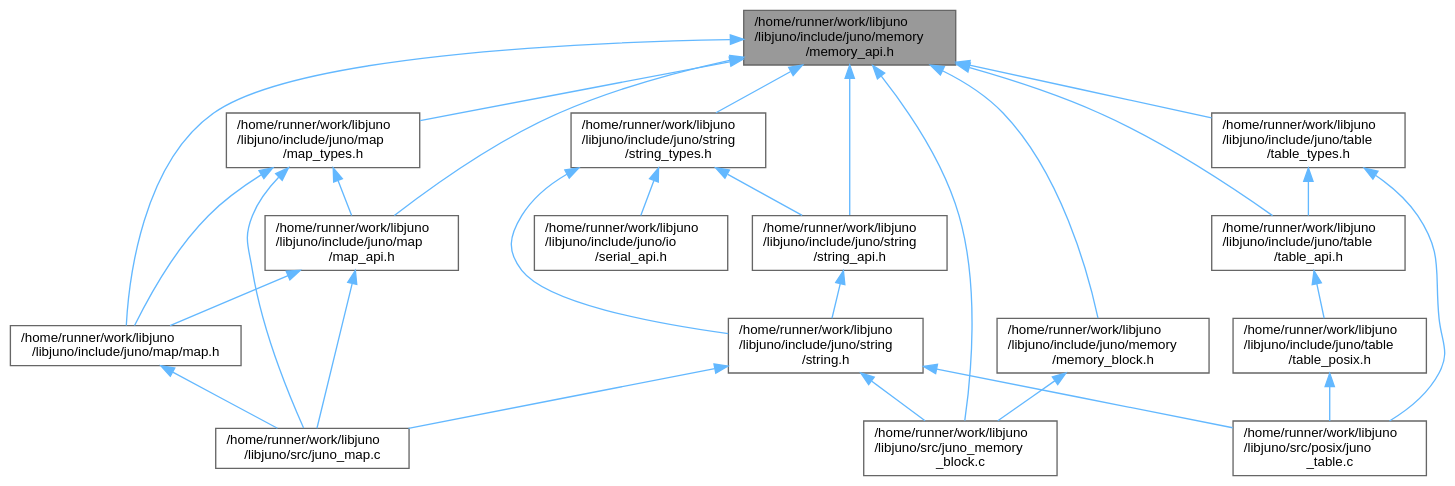
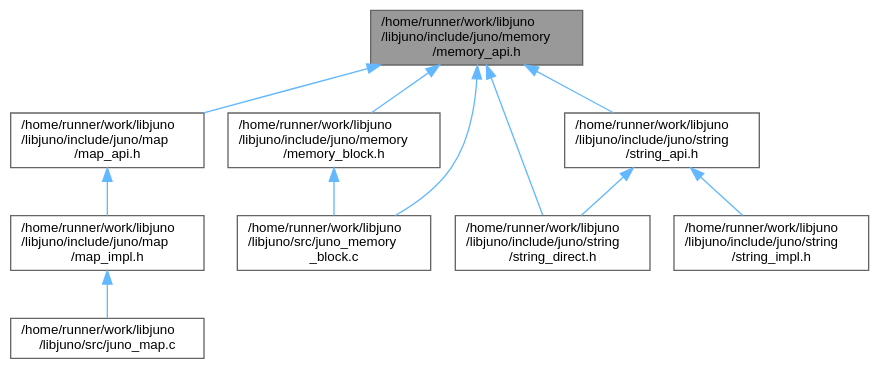
One commit to robinonsay/libjuno changed the diagram in memory__api_8h__dep__incl.dot. Above: the diagram before and after it, drawn with Graphviz. The commit also changed 272 other files, not shown here.

```diff
--- a/memory__api_8h__dep__incl.dot
+++ b/memory__api_8h__dep__incl.dot
@@ -1,49 +1,26 @@
 digraph "/home/runner/work/libjuno/libjuno/include/juno/memory/memory_api.h"
 {
  // LATEX_PDF_SIZE
   bgcolor="transparent";
   edge [fontname=Helvetica,fontsize=10,labelfontname=Helvetica,labelfontsize=10];
   node [fontname=Helvetica,fontsize=10,shape=box,height=0.2,width=0.4];
   Node1 [id="Node000001",label="/home/runner/work/libjuno\l/libjuno/include/juno/memory\l/memory_api.h",height=0.2,width=0.4,color="gray40", fillcolor="grey60", style="filled", fontcolor="black",tooltip=" "];
   Node1 -> Node2 [id="edge1_Node000001_Node000002",dir="back",color="steelblue1",style="solid",tooltip=" "];
-  Node2 [id="Node000002",label="/home/runner/work/libjuno\l/libjuno/include/juno/map/map.h",height=0.2,width=0.4,color="grey40", fillcolor="white", style="filled",URL="$map_8h.html",tooltip=" "];
+  Node2 [id="Node000002",label="/home/runner/work/libjuno\l/libjuno/include/juno/map\l/map_api.h",height=0.2,width=0.4,color="grey40", fillcolor="white", style="filled",URL="$map__api_8h.html",tooltip=" "];
   Node2 -> Node3 [id="edge2_Node000002_Node000003",dir="back",color="steelblue1",style="solid",tooltip=" "];
-  Node3 [id="Node000003",label="/home/runner/work/libjuno\l/libjuno/src/juno_map.c",height=0.2,width=0.4,color="grey40", fillcolor="white", style="filled",URL="$juno__map_8c.html",tooltip=" "];
-  Node1 -> Node4 [id="edge3_Node000001_Node000004",dir="back",color="steelblue1",style="solid",tooltip=" "];
-  Node4 [id="Node000004",label="/home/runner/work/libjuno\l/libjuno/include/juno/map\l/map_api.h",height=0.2,width=0.4,color="grey40", fillcolor="white", style="filled",URL="$map__api_8h.html",tooltip=" "];
-  Node4 -> Node2 [id="edge4_Node000004_Node000002",dir="back",color="steelblue1",style="solid",tooltip=" "];
-  Node4 -> Node3 [id="edge5_Node000004_Node000003",dir="back",color="steelblue1",style="solid",tooltip=" "];
-  Node1 -> Node5 [id="edge6_Node000001_Node000005",dir="back",color="steelblue1",style="solid",tooltip=" "];
-  Node5 [id="Node000005",label="/home/runner/work/libjuno\l/libjuno/include/juno/map\l/map_types.h",height=0.2,width=0.4,color="grey40", fillcolor="white", style="filled",URL="$map__types_8h.html",tooltip=" "];
-  Node5 -> Node2 [id="edge7_Node000005_Node000002",dir="back",color="steelblue1",style="solid",tooltip=" "];
-  Node5 -> Node4 [id="edge8_Node000005_Node000004",dir="back",color="steelblue1",style="solid",tooltip=" "];
-  Node5 -> Node3 [id="edge9_Node000005_Node000003",dir="back",color="steelblue1",style="solid",tooltip=" "];
+  Node3 [id="Node000003",label="/home/runner/work/libjuno\l/libjuno/include/juno/map\l/map_impl.h",height=0.2,width=0.4,color="grey40", fillcolor="white", style="filled",URL="$map__impl_8h.html",tooltip=" "];
+  Node3 -> Node4 [id="edge3_Node000003_Node000004",dir="back",color="steelblue1",style="solid",tooltip=" "];
+  Node4 [id="Node000004",label="/home/runner/work/libjuno\l/libjuno/src/juno_map.c",height=0.2,width=0.4,color="grey40", fillcolor="white", style="filled",URL="$juno__map_8c.html",tooltip=" "];
+  Node1 -> Node5 [id="edge4_Node000001_Node000005",dir="back",color="steelblue1",style="solid",tooltip=" "];
+  Node5 [id="Node000005",label="/home/runner/work/libjuno\l/libjuno/include/juno/memory\l/memory_block.h",height=0.2,width=0.4,color="grey40", fillcolor="white", style="filled",URL="$memory__block_8h.html",tooltip=" "];
+  Node5 -> Node6 [id="edge5_Node000005_Node000006",dir="back",color="steelblue1",style="solid",tooltip=" "];
+  Node6 [id="Node000006",label="/home/runner/work/libjuno\l/libjuno/src/juno_memory\l_block.c",height=0.2,width=0.4,color="grey40", fillcolor="white", style="filled",URL="$juno__memory__block_8c.html",tooltip=" "];
+  Node1 -> Node7 [id="edge6_Node000001_Node000007",dir="back",color="steelblue1",style="solid",tooltip=" "];
+  Node7 [id="Node000007",label="/home/runner/work/libjuno\l/libjuno/include/juno/string\l/string_api.h",height=0.2,width=0.4,color="grey40", fillcolor="white", style="filled",URL="$string__api_8h.html",tooltip=" "];
+  Node7 -> Node8 [id="edge7_Node000007_Node000008",dir="back",color="steelblue1",style="solid",tooltip=" "];
+  Node8 [id="Node000008",label="/home/runner/work/libjuno\l/libjuno/include/juno/string\l/string_direct.h",height=0.2,width=0.4,color="grey40", fillcolor="white", style="filled",URL="$string__direct_8h.html",tooltip=" "];
+  Node7 -> Node9 [id="edge8_Node000007_Node000009",dir="back",color="steelblue1",style="solid",tooltip=" "];
+  Node9 [id="Node000009",label="/home/runner/work/libjuno\l/libjuno/include/juno/string\l/string_impl.h",height=0.2,width=0.4,color="grey40", fillcolor="white", style="filled",URL="$string__impl_8h.html",tooltip=" "];
+  Node1 -> Node8 [id="edge9_Node000001_Node000008",dir="back",color="steelblue1",style="solid",tooltip=" "];
   Node1 -> Node6 [id="edge10_Node000001_Node000006",dir="back",color="steelblue1",style="solid",tooltip=" "];
-  Node6 [id="Node000006",label="/home/runner/work/libjuno\l/libjuno/include/juno/memory\l/memory_block.h",height=0.2,width=0.4,color="grey40", fillcolor="white", style="filled",URL="$memory__block_8h.html",tooltip=" "];
-  Node6 -> Node7 [id="edge11_Node000006_Node000007",dir="back",color="steelblue1",style="solid",tooltip=" "];
-  Node7 [id="Node000007",label="/home/runner/work/libjuno\l/libjuno/src/juno_memory\l_block.c",height=0.2,width=0.4,color="grey40", fillcolor="white", style="filled",URL="$juno__memory__block_8c.html",tooltip=" "];
-  Node1 -> Node8 [id="edge12_Node000001_Node000008",dir="back",color="steelblue1",style="solid",tooltip=" "];
-  Node8 [id="Node000008",label="/home/runner/work/libjuno\l/libjuno/include/juno/string\l/string_api.h",height=0.2,width=0.4,color="grey40", fillcolor="white", style="filled",URL="$string__api_8h.html",tooltip=" "];
-  Node8 -> Node9 [id="edge13_Node000008_Node000009",dir="back",color="steelblue1",style="solid",tooltip=" "];
-  Node9 [id="Node000009",label="/home/runner/work/libjuno\l/libjuno/include/juno/string\l/string.h",height=0.2,width=0.4,color="grey40", fillcolor="white", style="filled",URL="$string_8h.html",tooltip=" "];
-  Node9 -> Node3 [id="edge14_Node000009_Node000003",dir="back",color="steelblue1",style="solid",tooltip=" "];
-  Node9 -> Node7 [id="edge15_Node000009_Node000007",dir="back",color="steelblue1",style="solid",tooltip=" "];
-  Node9 -> Node10 [id="edge16_Node000009_Node000010",dir="back",color="steelblue1",style="solid",tooltip=" "];
-  Node10 [id="Node000010",label="/home/runner/work/libjuno\l/libjuno/src/posix/juno\l_table.c",height=0.2,width=0.4,color="grey40", fillcolor="white", style="filled",URL="$juno__table_8c.html",tooltip=" "];
-  Node1 -> Node11 [id="edge17_Node000001_Node000011",dir="back",color="steelblue1",style="solid",tooltip=" "];
-  Node11 [id="Node000011",label="/home/runner/work/libjuno\l/libjuno/include/juno/string\l/string_types.h",height=0.2,width=0.4,color="grey40", fillcolor="white", style="filled",URL="$string__types_8h.html",tooltip=" "];
-  Node11 -> Node12 [id="edge18_Node000011_Node000012",dir="back",color="steelblue1",style="solid",tooltip=" "];
-  Node12 [id="Node000012",label="/home/runner/work/libjuno\l/libjuno/include/juno/io\l/serial_api.h",height=0.2,width=0.4,color="grey40", fillcolor="white", style="filled",URL="$serial__api_8h.html",tooltip=" "];
-  Node11 -> Node9 [id="edge19_Node000011_Node000009",dir="back",color="steelblue1",style="solid",tooltip=" "];
-  Node11 -> Node8 [id="edge20_Node000011_Node000008",dir="back",color="steelblue1",style="solid",tooltip=" "];
-  Node1 -> Node13 [id="edge21_Node000001_Node000013",dir="back",color="steelblue1",style="solid",tooltip=" "];
-  Node13 [id="Node000013",label="/home/runner/work/libjuno\l/libjuno/include/juno/table\l/table_api.h",height=0.2,width=0.4,color="grey40", fillcolor="white", style="filled",URL="$table__api_8h.html",tooltip=" "];
-  Node13 -> Node14 [id="edge22_Node000013_Node000014",dir="back",color="steelblue1",style="solid",tooltip=" "];
-  Node14 [id="Node000014",label="/home/runner/work/libjuno\l/libjuno/include/juno/table\l/table_posix.h",height=0.2,width=0.4,color="grey40", fillcolor="white", style="filled",URL="$table__posix_8h.html",tooltip=" "];
-  Node14 -> Node10 [id="edge23_Node000014_Node000010",dir="back",color="steelblue1",style="solid",tooltip=" "];
-  Node1 -> Node15 [id="edge24_Node000001_Node000015",dir="back",color="steelblue1",style="solid",tooltip=" "];
-  Node15 [id="Node000015",label="/home/runner/work/libjuno\l/libjuno/include/juno/table\l/table_types.h",height=0.2,width=0.4,color="grey40", fillcolor="white", style="filled",URL="$table__types_8h.html",tooltip=" "];
-  Node15 -> Node13 [id="edge25_Node000015_Node000013",dir="back",color="steelblue1",style="solid",tooltip=" "];
-  Node15 -> Node10 [id="edge26_Node000015_Node000010",dir="back",color="steelblue1",style="solid",tooltip=" "];
-  Node1 -> Node7 [id="edge27_Node000001_Node000007",dir="back",color="steelblue1",style="solid",tooltip=" "];
 }
```
